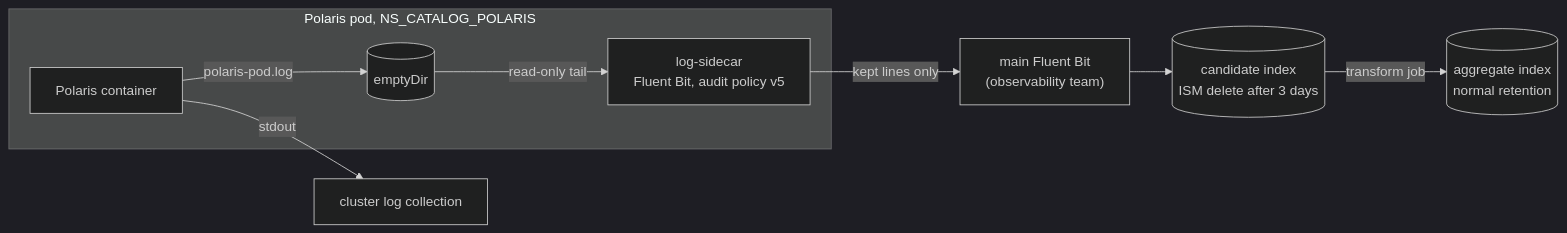
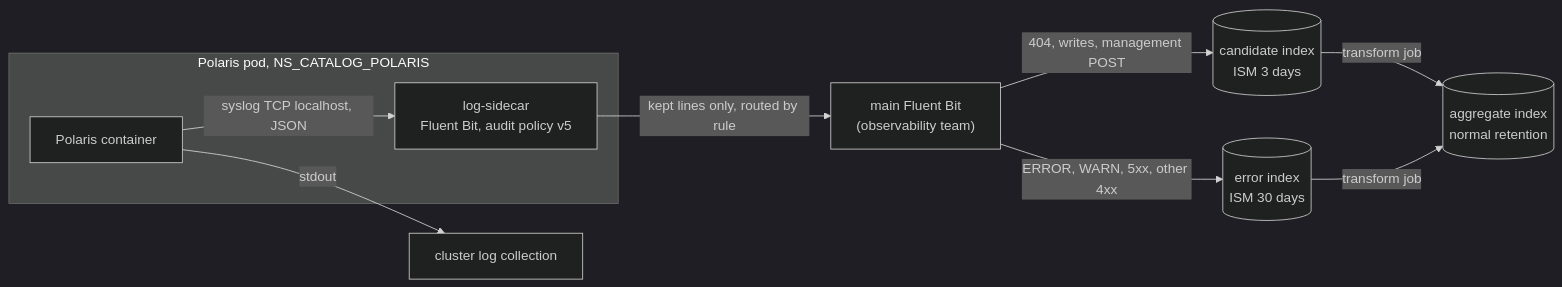
One commit to kade-k8s-platform/lakehouse changed the diagram in docs/adr/081-polaris-logs-are-filtered-in-a-sidecar-into-a-three-day-candidate-index-and-aggregated-by-an-opensearch-transform.md. Above: the diagram before and after it, drawn with Mermaid (dark theme). The commit also changed other lines of this file, not shown here.

First line of the commit message:
ADR-081: syslog route in the diagram, alternatives and consequences

````diff
--- a/docs/adr/081-polaris-logs-are-filtered-in-a-sidecar-into-a-three-day-candidate-index-and-aggregated-by-an-opensearch-transform.md
+++ b/docs/adr/081-polaris-logs-are-filtered-in-a-sidecar-into-a-three-day-candidate-index-and-aggregated-by-an-opensearch-transform.md
@@ -266,11 +266,12 @@
 ```mermaid
 flowchart LR
     subgraph POD["Polaris pod, NS_CATALOG_POLARIS"]
-        P["Polaris container"] -->|"polaris-pod.log"| V[("emptyDir")]
-        V -->|"read-only tail"| S["log-sidecar<br/>Fluent Bit, audit policy v5"]
+        P["Polaris container"] -->|"syslog TCP localhost, JSON"| S["log-sidecar<br/>Fluent Bit, audit policy v5"]
     end
     P -->|"stdout"| C["cluster log collection"]
-    S -->|"kept lines only"| F["main Fluent Bit<br/>(observability team)"]
-    F --> I[("candidate index<br/>ISM delete after 3 days")]
+    S -->|"kept lines only, routed by rule"| F["main Fluent Bit<br/>(observability team)"]
+    F -->|"404, writes, management POST"| I[("candidate index<br/>ISM 3 days")]
+    F -->|"ERROR, WARN, 5xx, other 4xx"| E[("error index<br/>ISM 30 days")]
     I -->|"transform job"| A[("aggregate index<br/>normal retention")]
+    E -->|"transform job"| A
 ```
````
